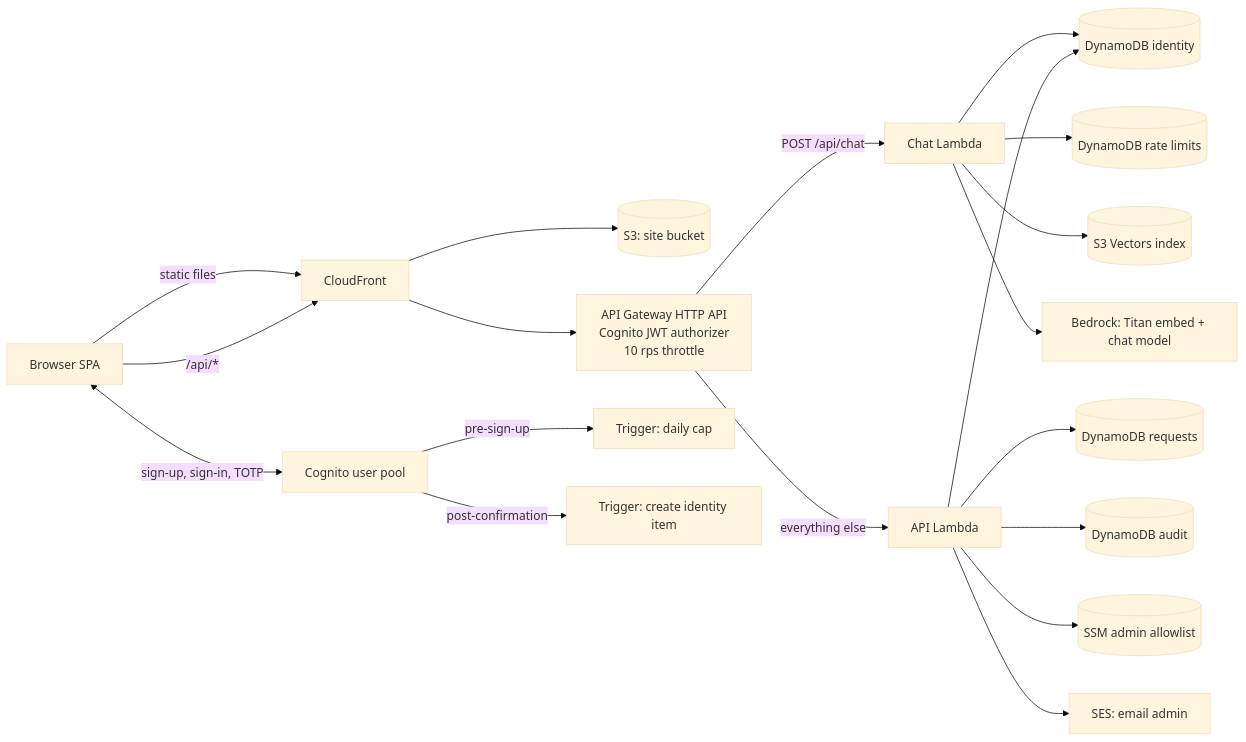
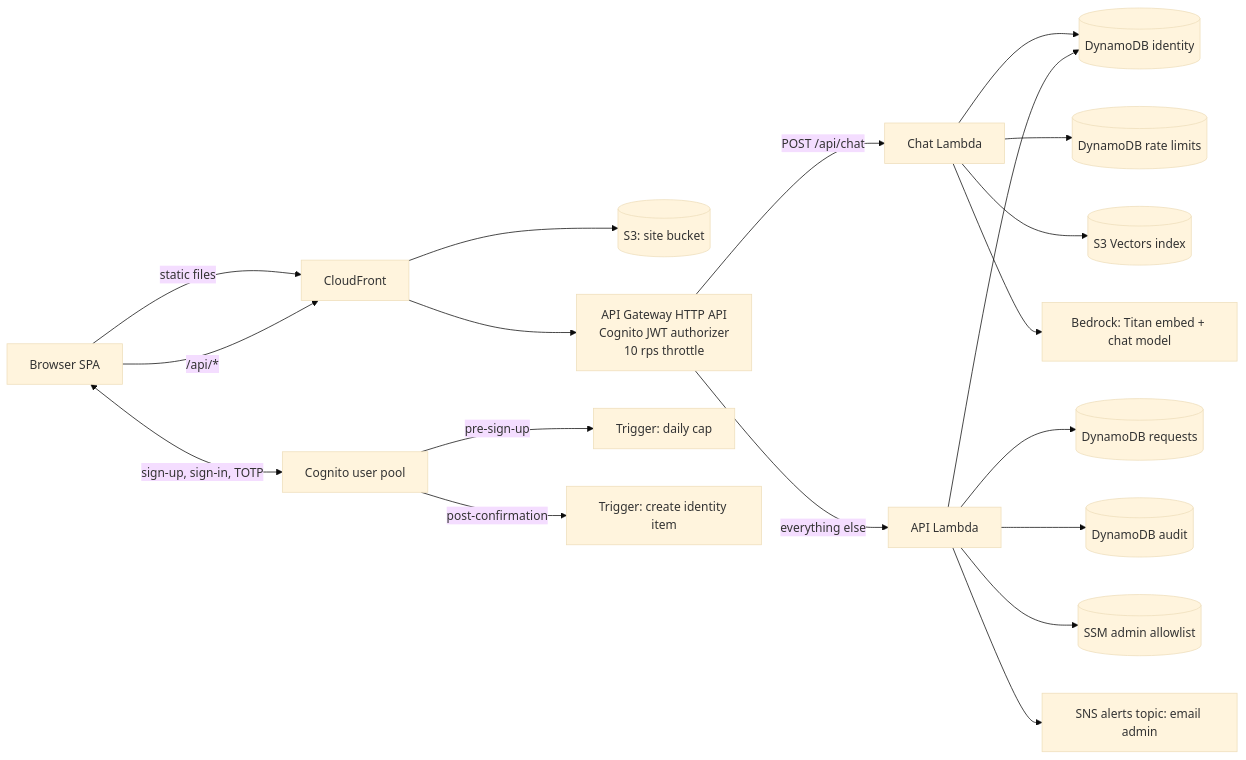
The first of 7 diagrams in FLOW.md (aashishravindran/sentinel-resume), drawn with Mermaid (base theme) before and after one commit. The commit also changed other lines of this file and 11 other files, not shown here.

First line of the commit message:
Email each access request through the alerts topic; drop SES and the request alarm (#26)

````diff
--- a/FLOW.md
+++ b/FLOW.md
@@ -8,21 +8,21 @@
 ```mermaid
 flowchart LR
   B[Browser SPA] -->|static files| CF[CloudFront]
   B -->|/api/*| CF
   CF --> S3[(S3: site bucket)]
   CF --> API[API Gateway HTTP API<br/>Cognito JWT authorizer<br/>10 rps throttle]
   B <-->|sign-up, sign-in, TOTP| COG[Cognito user pool]
   COG -->|pre-sign-up| T1[Trigger: daily cap]
   COG -->|post-confirmation| T2[Trigger: create identity item]
   API -->|POST /api/chat| CHAT[Chat Lambda]
   API -->|everything else| APIFN[API Lambda]
   CHAT --> ID[(DynamoDB identity)]
   CHAT --> RL[(DynamoDB rate limits)]
   CHAT --> VEC[(S3 Vectors index)]
   CHAT --> BR[Bedrock: Titan embed + chat model]
   APIFN --> ID
   APIFN --> REQ[(DynamoDB requests)]
   APIFN --> AUD[(DynamoDB audit)]
   APIFN --> SSM[(SSM admin allowlist)]
-  APIFN --> SES[SES: email admin]
+  APIFN --> SNS[SNS alerts topic: email admin]
 ```
````
